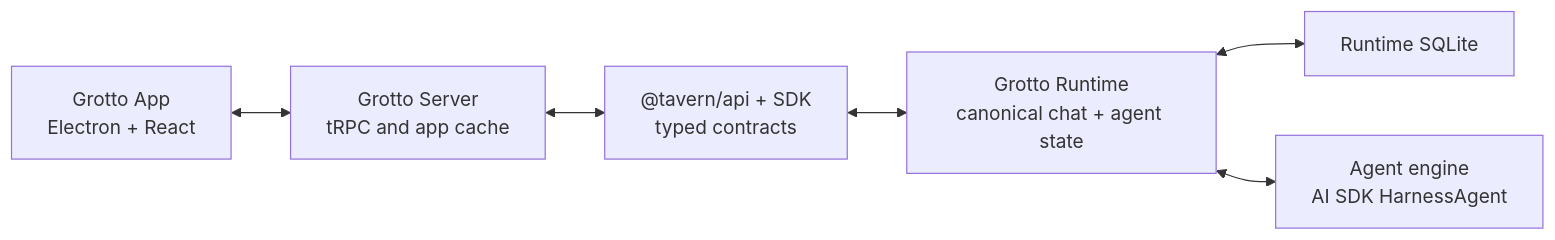
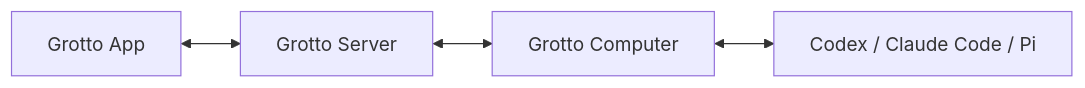
One commit to zknicker/grotto changed the diagram in docs/internals/architecture-overview.md. Above: the diagram before and after it, drawn with Mermaid. The commit also changed other lines of this file and 521 other files, not shown here.

````diff
--- a/docs/internals/architecture-overview.md
+++ b/docs/internals/architecture-overview.md
@@ -13,15 +12,6 @@
 ```mermaid
 flowchart LR
-    app["Grotto App<br/>Electron + React"]
-    server["Grotto Server<br/>tRPC and app cache"]
-    sdk["@tavern/api + SDK<br/>typed contracts"]
-    runtime["Grotto Runtime<br/>canonical chat + agent state"]
-    db["Runtime SQLite"]
-    engine["Agent engine<br/>AI SDK HarnessAgent"]
-
-    app <--> server
-    server <--> sdk
-    sdk <--> runtime
-    runtime <--> db
-    runtime <--> engine
+  app["Grotto App"] <--> server["Grotto Server"]
+  server <--> computer["Grotto Computer"]
+  computer <--> runtimes["Codex / Claude Code / Pi"]
 ```
````
